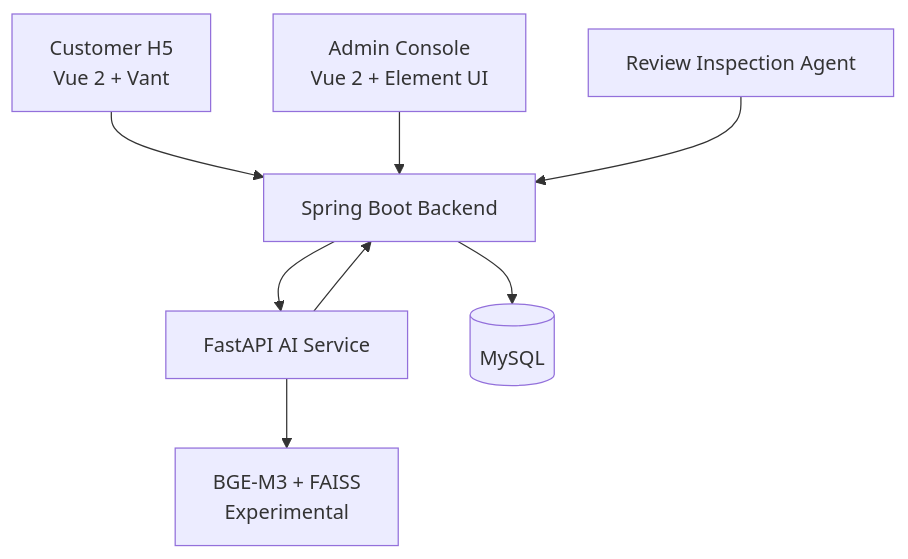
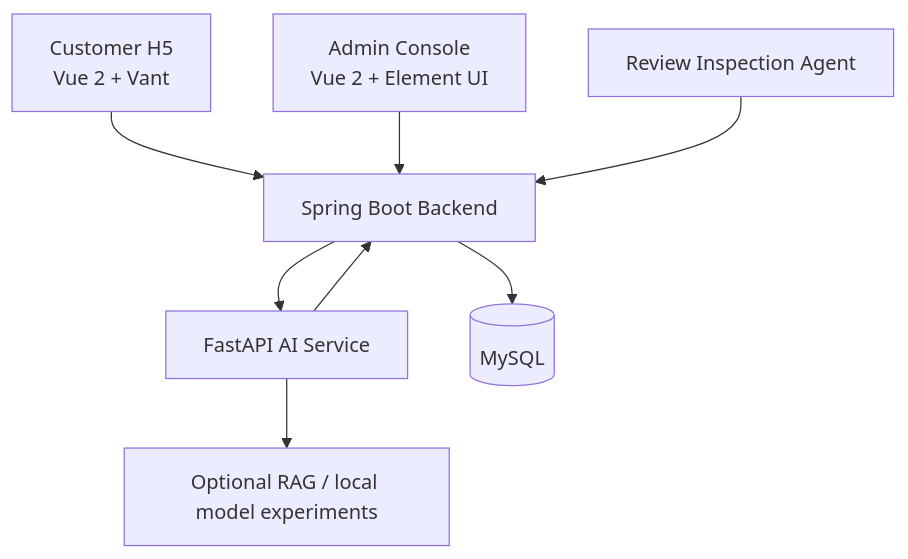
The second of 2 diagrams in README.md (dafenqirunrunrun/e-review-agent), drawn with Mermaid before and after one commit. The commit also changed other lines of this file and 1 other file, not shown here.

````diff
--- a/README.md
+++ b/README.md
@@ -58,18 +59,18 @@
 ```mermaid
 flowchart TB
     U["Customer H5<br/>Vue 2 + Vant"]
     A["Admin Console<br/>Vue 2 + Element UI"]
     B["Spring Boot Backend"]
     AI["FastAPI AI Service"]
     DB[("MySQL")]
-    RAG["BGE-M3 + FAISS<br/>Experimental"]
     AG["Review Inspection Agent"]
+    RAG["Optional RAG / local model experiments"]
 
     U --> B
     A --> B
     B --> DB
     AG --> B
     B --> AI
     AI --> RAG
     AI --> B
 ```
````
